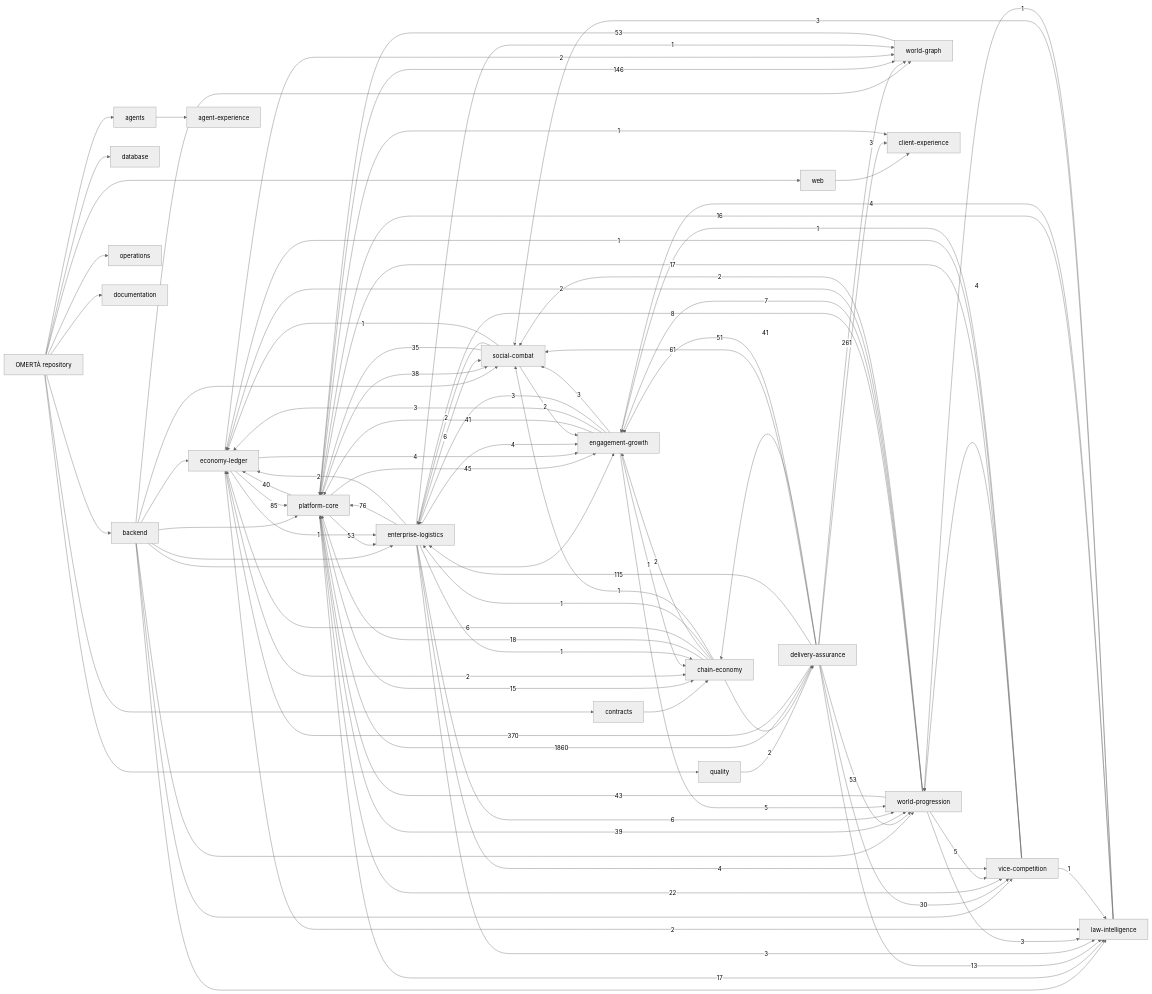
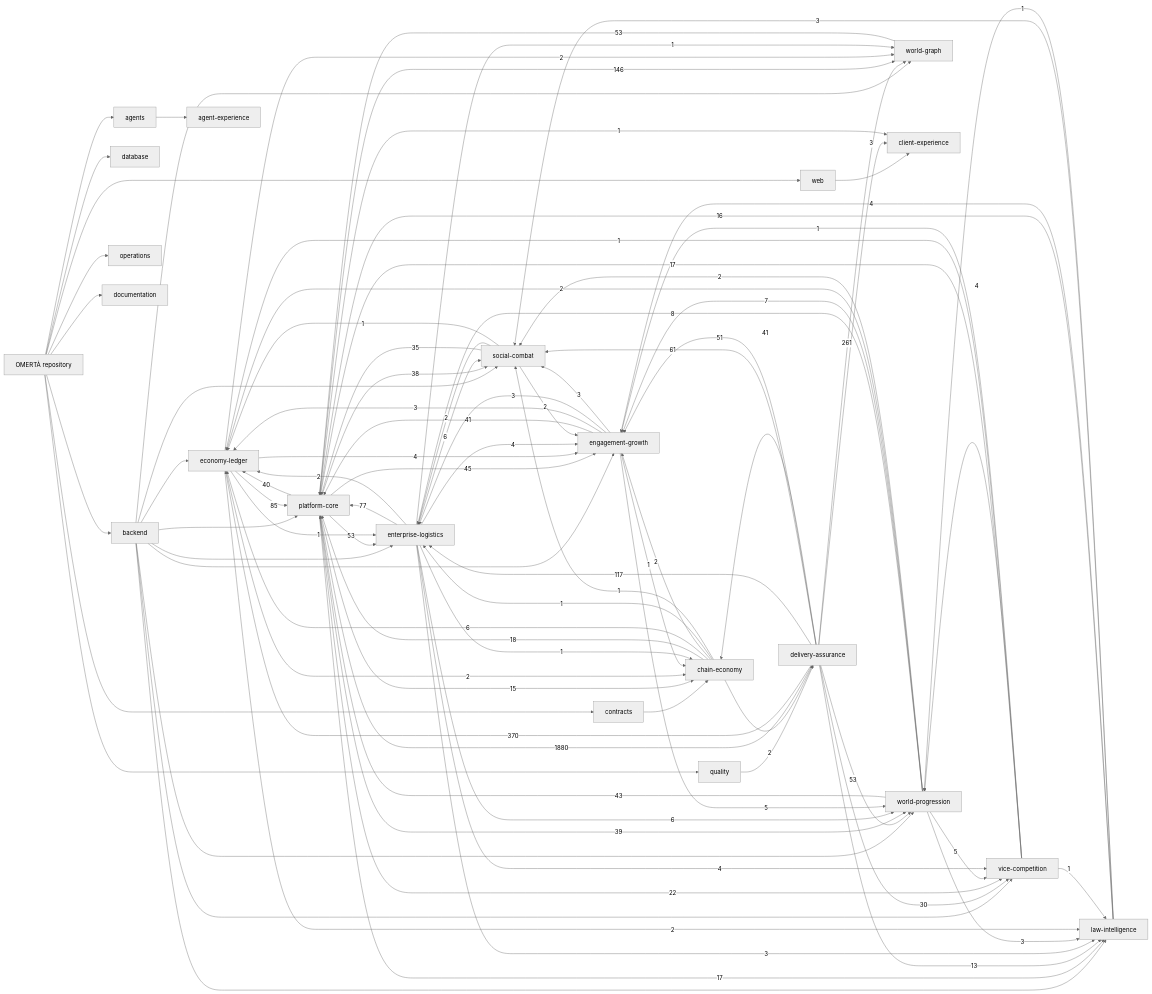
Before and after one commit to OmertaDev/Omerta: the diagram in knowledge/generated/graph.mmd, drawn with Mermaid (neutral theme). The commit also changed 7 other files, not shown here.

```diff
--- a/knowledge/generated/graph.mmd
+++ b/knowledge/generated/graph.mmd
@@ -1,113 +1,113 @@
 flowchart LR
   repo["OMERTÀ repository"]
   sub_backend["backend"]
   repo --> sub_backend
   sub_database["database"]
   repo --> sub_database
   sub_web["web"]
   repo --> sub_web
   sub_contracts["contracts"]
   repo --> sub_contracts
   sub_agents["agents"]
   repo --> sub_agents
   sub_quality["quality"]
   repo --> sub_quality
   sub_operations["operations"]
   repo --> sub_operations
   sub_documentation["documentation"]
   repo --> sub_documentation
   dom_platform-core["platform-core"]
   dom_economy-ledger["economy-ledger"]
   dom_social-combat["social-combat"]
   dom_world-progression["world-progression"]
   dom_world-graph["world-graph"]
   dom_enterprise-logistics["enterprise-logistics"]
   dom_vice-competition["vice-competition"]
   dom_law-intelligence["law-intelligence"]
   dom_chain-economy["chain-economy"]
   dom_engagement-growth["engagement-growth"]
   dom_client-experience["client-experience"]
   dom_agent-experience["agent-experience"]
   dom_delivery-assurance["delivery-assurance"]
   sub_agents --> dom_agent-experience
   sub_backend --> dom_economy-ledger
   sub_backend --> dom_engagement-growth
   sub_backend --> dom_enterprise-logistics
   sub_backend --> dom_law-intelligence
   sub_backend --> dom_platform-core
   sub_backend --> dom_social-combat
   sub_backend --> dom_vice-competition
   sub_backend --> dom_world-graph
   sub_backend --> dom_world-progression
   sub_contracts --> dom_chain-economy
   sub_quality --> dom_delivery-assurance
   sub_web --> dom_client-experience
-  dom_delivery-assurance -->|1860| dom_platform-core
+  dom_delivery-assurance -->|1880| dom_platform-core
   dom_delivery-assurance -->|370| dom_economy-ledger
   dom_delivery-assurance -->|261| dom_world-graph
   dom_platform-core -->|146| dom_world-graph
-  dom_delivery-assurance -->|115| dom_enterprise-logistics
+  dom_delivery-assurance -->|117| dom_enterprise-logistics
   dom_economy-ledger -->|85| dom_platform-core
-  dom_enterprise-logistics -->|76| dom_platform-core
+  dom_enterprise-logistics -->|77| dom_platform-core
   dom_delivery-assurance -->|61| dom_social-combat
   dom_delivery-assurance -->|53| dom_world-progression
   dom_platform-core -->|53| dom_enterprise-logistics
   dom_world-graph -->|53| dom_platform-core
   dom_delivery-assurance -->|51| dom_engagement-growth
   dom_platform-core -->|45| dom_engagement-growth
   dom_world-progression -->|43| dom_platform-core
   dom_delivery-assurance -->|41| dom_chain-economy
   dom_engagement-growth -->|41| dom_platform-core
   dom_platform-core -->|40| dom_economy-ledger
   dom_platform-core -->|39| dom_world-progression
   dom_platform-core -->|38| dom_social-combat
   dom_social-combat -->|35| dom_platform-core
   dom_delivery-assurance -->|30| dom_vice-competition
   dom_platform-core -->|22| dom_vice-competition
   dom_chain-economy -->|18| dom_platform-core
   dom_platform-core -->|17| dom_law-intelligence
   dom_vice-competition -->|17| dom_platform-core
   dom_law-intelligence -->|16| dom_platform-core
   dom_platform-core -->|15| dom_chain-economy
   dom_delivery-assurance -->|13| dom_law-intelligence
   dom_world-progression -->|8| dom_enterprise-logistics
   dom_world-progression -->|7| dom_engagement-growth
   dom_chain-economy -->|6| dom_economy-ledger
   dom_enterprise-logistics -->|6| dom_social-combat
   dom_enterprise-logistics -->|6| dom_world-progression
   dom_engagement-growth -->|5| dom_world-progression
   dom_world-progression -->|5| dom_vice-competition
   dom_economy-ledger -->|4| dom_engagement-growth
   dom_enterprise-logistics -->|4| dom_engagement-growth
   dom_enterprise-logistics -->|4| dom_vice-competition
   dom_law-intelligence -->|4| dom_engagement-growth
   dom_vice-competition -->|4| dom_world-progression
   dom_delivery-assurance -->|3| dom_client-experience
   dom_engagement-growth -->|3| dom_economy-ledger
   dom_engagement-growth -->|3| dom_enterprise-logistics
   dom_engagement-growth -->|3| dom_social-combat
   dom_enterprise-logistics -->|3| dom_law-intelligence
   dom_law-intelligence -->|3| dom_social-combat
   dom_world-progression -->|3| dom_law-intelligence
   dom_chain-economy -->|2| dom_delivery-assurance
   dom_chain-economy -->|2| dom_engagement-growth
   dom_economy-ledger -->|2| dom_chain-economy
   dom_economy-ledger -->|2| dom_law-intelligence
   dom_economy-ledger -->|2| dom_world-graph
   dom_enterprise-logistics -->|2| dom_economy-ledger
   dom_social-combat -->|2| dom_engagement-growth
   dom_social-combat -->|2| dom_enterprise-logistics
   dom_world-progression -->|2| dom_economy-ledger
   dom_world-progression -->|2| dom_social-combat
   dom_chain-economy -->|1| dom_enterprise-logistics
   dom_chain-economy -->|1| dom_social-combat
   dom_economy-ledger -->|1| dom_enterprise-logistics
   dom_engagement-growth -->|1| dom_chain-economy
   dom_enterprise-logistics -->|1| dom_chain-economy
   dom_enterprise-logistics -->|1| dom_world-graph
   dom_law-intelligence -->|1| dom_world-progression
   dom_platform-core -->|1| dom_client-experience
   dom_social-combat -->|1| dom_economy-ledger
   dom_vice-competition -->|1| dom_economy-ledger
   dom_vice-competition -->|1| dom_engagement-growth
   dom_vice-competition -->|1| dom_law-intelligence
```
